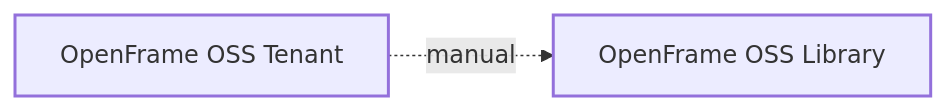
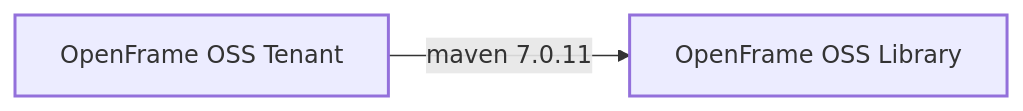
Before and after one commit to flamingo-stack/openframe-oss-tenant: the diagram in docs/reference/architecture/ecosystem.md, drawn with Mermaid. The commit also changed other lines of this file and 1387 other files, not shown here.

````diff
--- a/docs/reference/architecture/ecosystem.md
+++ b/docs/reference/architecture/ecosystem.md
@@ -131,16 +153,16 @@
 ```mermaid
 flowchart LR
   r_01d21e68fc3743ce874eef90["OpenFrame OSS Library"]
   r_9266475793a04351b2453dca["OpenFrame OSS Tenant"]
-  r_9266475793a04351b2453dca -.->|"manual"| r_01d21e68fc3743ce874eef90
+  r_9266475793a04351b2453dca -->|"maven 7.0.11"| r_01d21e68fc3743ce874eef90
   class r_01d21e68fc3743ce874eef90 roleLibrary
   class r_9266475793a04351b2453dca roleService
   classDef roleLibrary stroke-width:2px
   classDef roleService stroke-width:2px
   classDef roleApp stroke-width:2px
   classDef roleInfra stroke-dasharray:4 2
   classDef roleFork stroke-dasharray:2 2
   classDef roleUnknown stroke-dasharray:1 3
   classDef stateStale stroke-dasharray:6 3,stroke-width:3px
   classDef stateMissing stroke-dasharray:2 4,stroke-width:1px
 ```
````
